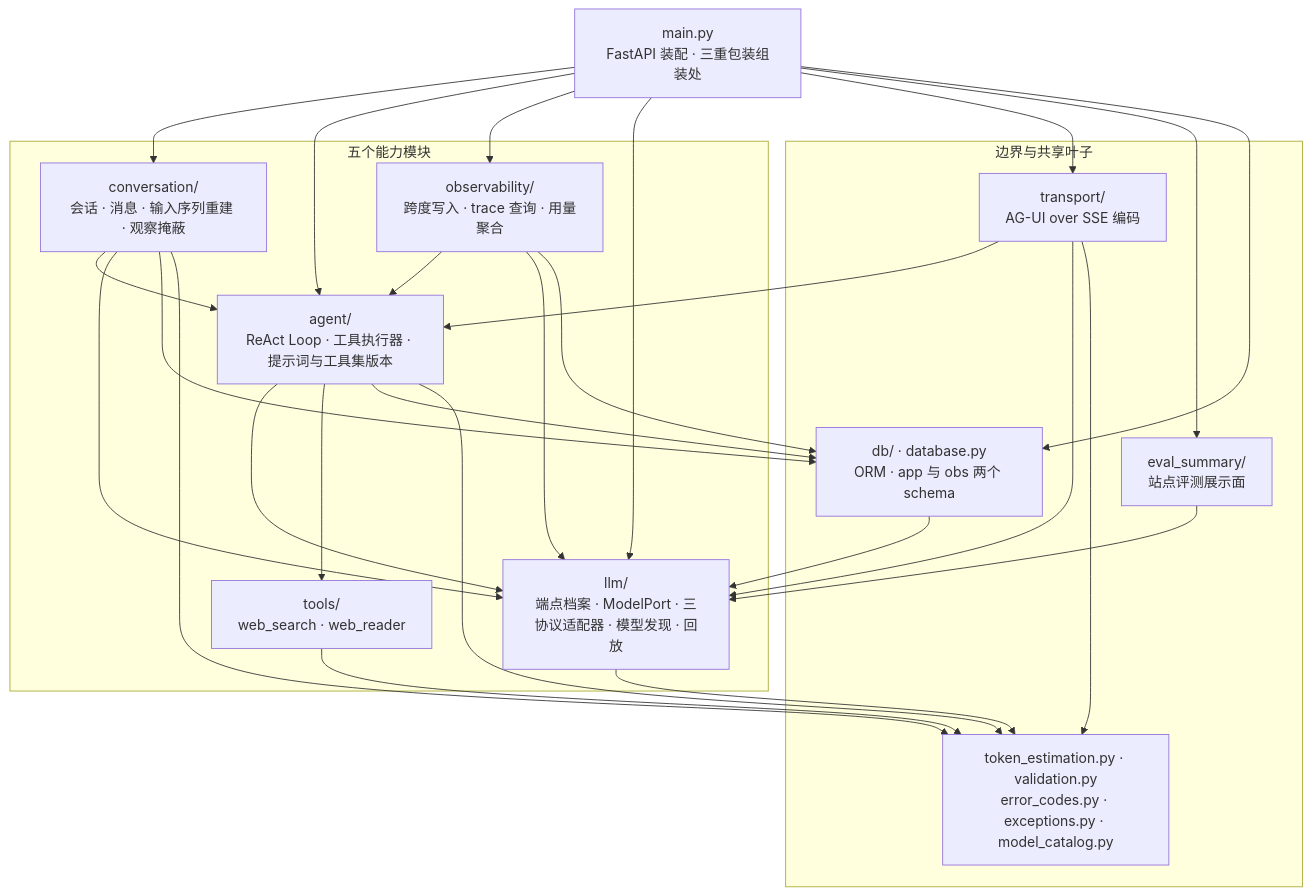
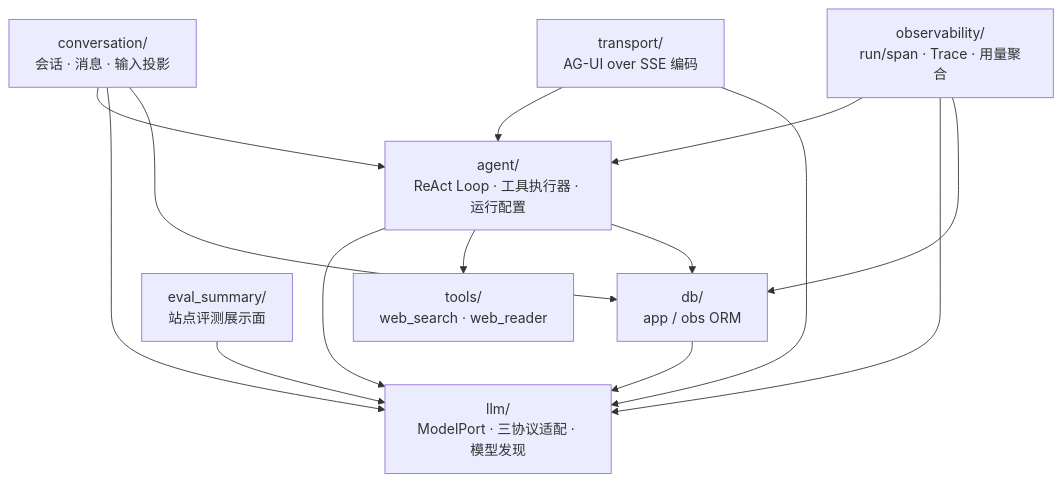
Before and after one commit to EllisYuan/ChatAgents: the first of 3 diagrams in README.md, drawn with Mermaid. The commit also changed other lines of this file and 26 other files, not shown here.

````diff
--- a/README.md
+++ b/README.md
@@ -79,47 +80,25 @@
 ```mermaid
 graph TD
-    main["main.py<br/>FastAPI 装配 · 三重包装组装处"]
-
-    subgraph caps["五个能力模块"]
-        conv["conversation/<br/>会话 · 消息 · 输入序列重建 · 观察掩蔽"]
-        agent["agent/<br/>ReAct Loop · 工具执行器 · 提示词与工具集版本"]
-        obs["observability/<br/>跨度写入 · trace 查询 · 用量聚合"]
-        llm["llm/<br/>端点档案 · ModelPort · 三协议适配器 · 模型发现 · 回放"]
-        tools["tools/<br/>web_search · web_reader"]
-    end
-
-    subgraph edge["边界与共享叶子"]
-        transport["transport/<br/>AG-UI over SSE 编码"]
-        evals["eval_summary/<br/>站点评测展示面"]
-        db["db/ · database.py<br/>ORM · app 与 obs 两个 schema"]
-        leaf["token_estimation.py · validation.py<br/>error_codes.py · exceptions.py · model_catalog.py"]
-    end
-
-    main --> conv
-    main --> agent
-    main --> obs
-    main --> llm
-    main --> transport
-    main --> evals
-    main --> db
+    conv["conversation/<br/>会话 · 消息 · 输入投影"]
+    agent["agent/<br/>ReAct Loop · 工具执行器 · 运行配置"]
+    llm["llm/<br/>ModelPort · 三协议适配 · 模型发现"]
+    tools["tools/<br/>web_search · web_reader"]
+    obs["observability/<br/>run/span · Trace · 用量聚合"]
+    transport["transport/<br/>AG-UI over SSE 编码"]
+    evals["eval_summary/<br/>站点评测展示面"]
+    db["db/<br/>app / obs ORM"]
 
     conv --> agent
     conv --> llm
     conv --> db
     agent --> llm
     agent --> tools
     agent --> db
     obs --> agent
     obs --> llm
     obs --> db
     transport --> agent
     transport --> llm
     evals --> llm
     db --> llm
-
-    llm --> leaf
-    tools --> leaf
-    conv --> leaf
-    agent --> leaf
-    transport --> leaf
 ```
````
